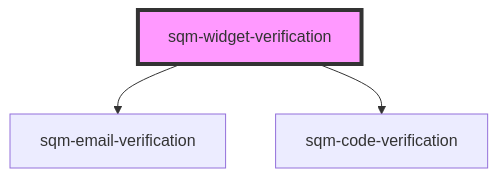
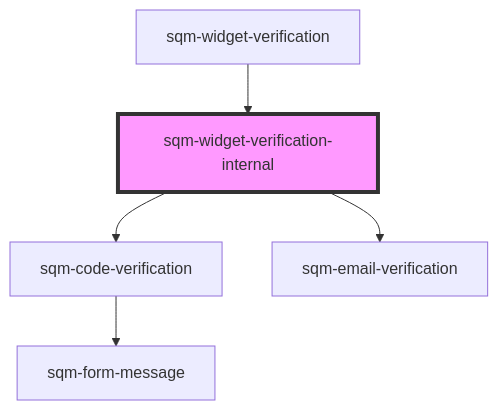
One commit to saasquatch/program-tools changed the diagram in packages/mint-components/src/components/sqm-widget-verification/readme.md. Above: the diagram before and after it, drawn with Mermaid. The commit also changed other lines of this file and 15 other files, not shown here.

````diff
--- a/packages/mint-components/src/components/sqm-widget-verification/readme.md
+++ b/packages/mint-components/src/components/sqm-widget-verification/readme.md
@@ -16,6 +20,8 @@
 ```mermaid
 graph TD;
-  sqm-widget-verification --> sqm-email-verification
-  sqm-widget-verification --> sqm-code-verification
-  style sqm-widget-verification fill:#f9f,stroke:#333,stroke-width:4px
+  sqm-widget-verification-internal --> sqm-code-verification
+  sqm-widget-verification-internal --> sqm-email-verification
+  sqm-code-verification --> sqm-form-message
+  sqm-widget-verification --> sqm-widget-verification-internal
+  style sqm-widget-verification-internal fill:#f9f,stroke:#333,stroke-width:4px
 ```
````
